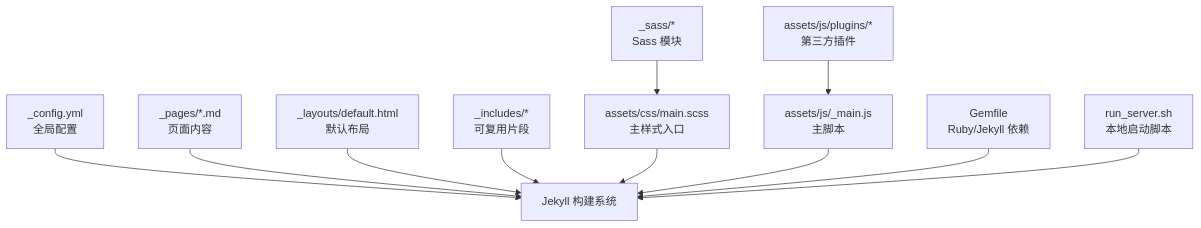
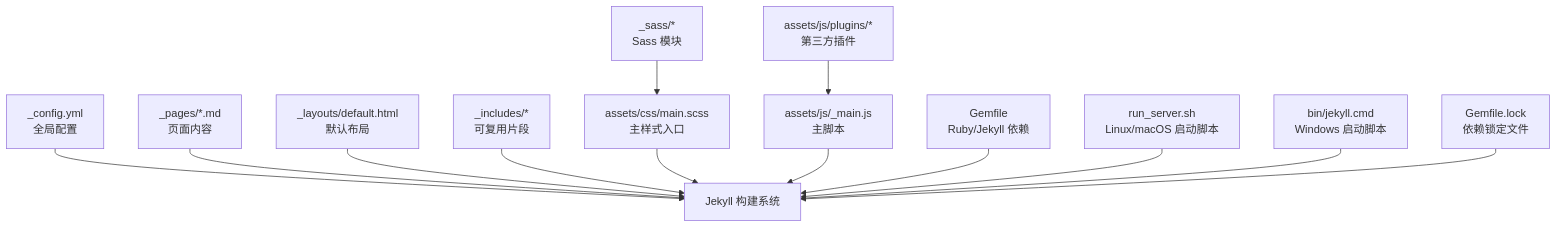
The first of 7 diagrams in .qoder/repowiki/zh/content/开发指南/开发指南.md (pizicaiman/pizicaiman.github.io), drawn with Mermaid before and after one commit. The commit also changed other lines of this file and 24 other files, not shown here.

````diff
--- a/.qoder/repowiki/zh/content/开发指南/开发指南.md
+++ b/.qoder/repowiki/zh/content/开发指南/开发指南.md
@@ -37,13 +48,15 @@
 ```mermaid
 graph TB
 A["_config.yml<br/>全局配置"] --> B["Jekyll 构建系统"]
 C["_pages/*.md<br/>页面内容"] --> B
 D["_layouts/default.html<br/>默认布局"] --> B
 E["_includes/*<br/>可复用片段"] --> B
 F["assets/css/main.scss<br/>主样式入口"] --> B
 G["_sass/*<br/>Sass 模块"] --> F
 H["assets/js/_main.js<br/>主脚本"] --> B
 I["assets/js/plugins/*<br/>第三方插件"] --> H
 J["Gemfile<br/>Ruby/Jekyll 依赖"] --> B
-K["run_server.sh<br/>本地启动脚本"] --> B
+K["run_server.sh<br/>Linux/macOS 启动脚本"] --> B
+L["bin/jekyll.cmd<br/>Windows 启动脚本"] --> B
+M["Gemfile.lock<br/>依赖锁定文件"] --> B
 ```
````
